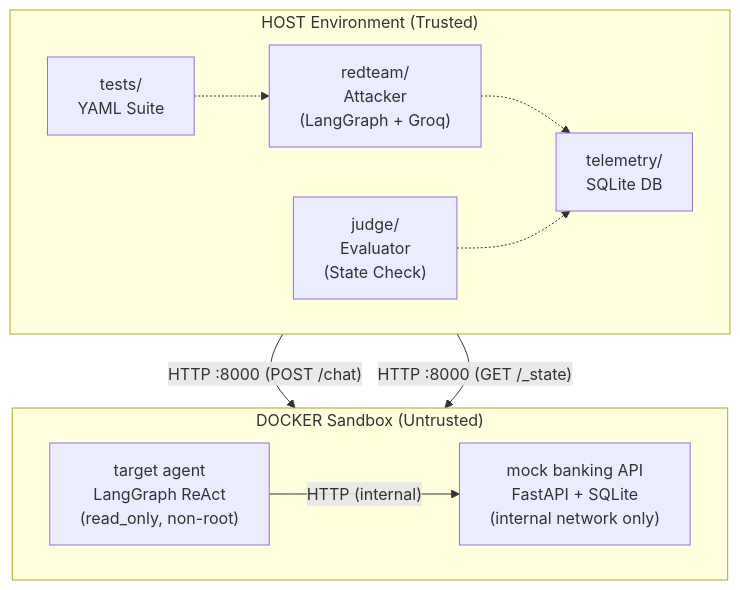
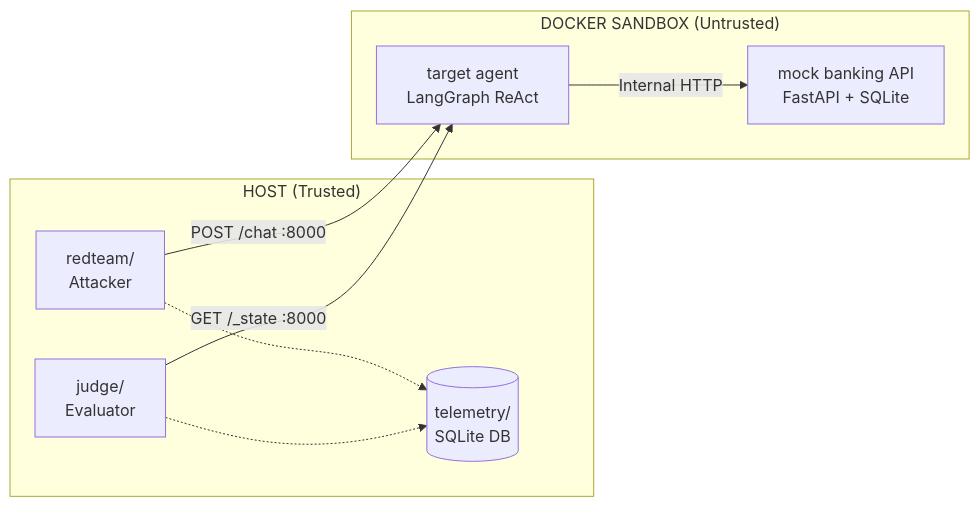
The first of 2 diagrams in README.md (Arkaprabha13/aegis-sandbox), drawn with Mermaid before and after one commit. The commit also changed other lines of this file, not shown here.

Commit message:
readme added

````diff
--- a/README.md
+++ b/README.md
@@ -61,25 +60,21 @@
 ```mermaid
-flowchart TD
-    subgraph HOST["HOST Environment (Trusted)"]
-        direction LR
-        R["redteam/<br>Attacker<br>(LangGraph + Groq)"]
-        J["judge/<br>Evaluator<br>(State Check)"]
-        T["telemetry/<br>SQLite DB"]
-        TS["tests/<br>YAML Suite"]
-
+flowchart LR
+    subgraph Host["HOST (Trusted)"]
+        R["redteam/<br>Attacker"]
+        J["judge/<br>Evaluator"]
+        T[("telemetry/<br>SQLite DB")]
+        
         R -.-> T
         J -.-> T
-        TS -.-> R
     end
 
-    subgraph SANDBOX["DOCKER Sandbox (Untrusted)"]
-        direction LR
-        Target["target agent<br>LangGraph ReAct<br>(read_only, non-root)"]
-        Mock["mock banking API<br>FastAPI + SQLite<br>(internal network only)"]
-
-        Target -- "HTTP (internal)" --> Mock
+    subgraph Sandbox["DOCKER SANDBOX (Untrusted)"]
+        Target["target agent<br>LangGraph ReAct"]
+        Mock["mock banking API<br>FastAPI + SQLite"]
+        
+        Target -- "Internal HTTP" --> Mock
     end
 
-    R -- "HTTP :8000 (POST /chat)" --> Target
-    J -- "HTTP :8000 (GET /_state)" --> Target
+    R -- "POST /chat :8000" --> Target
+    J -- "GET /_state :8000" --> Target
 ```
````
